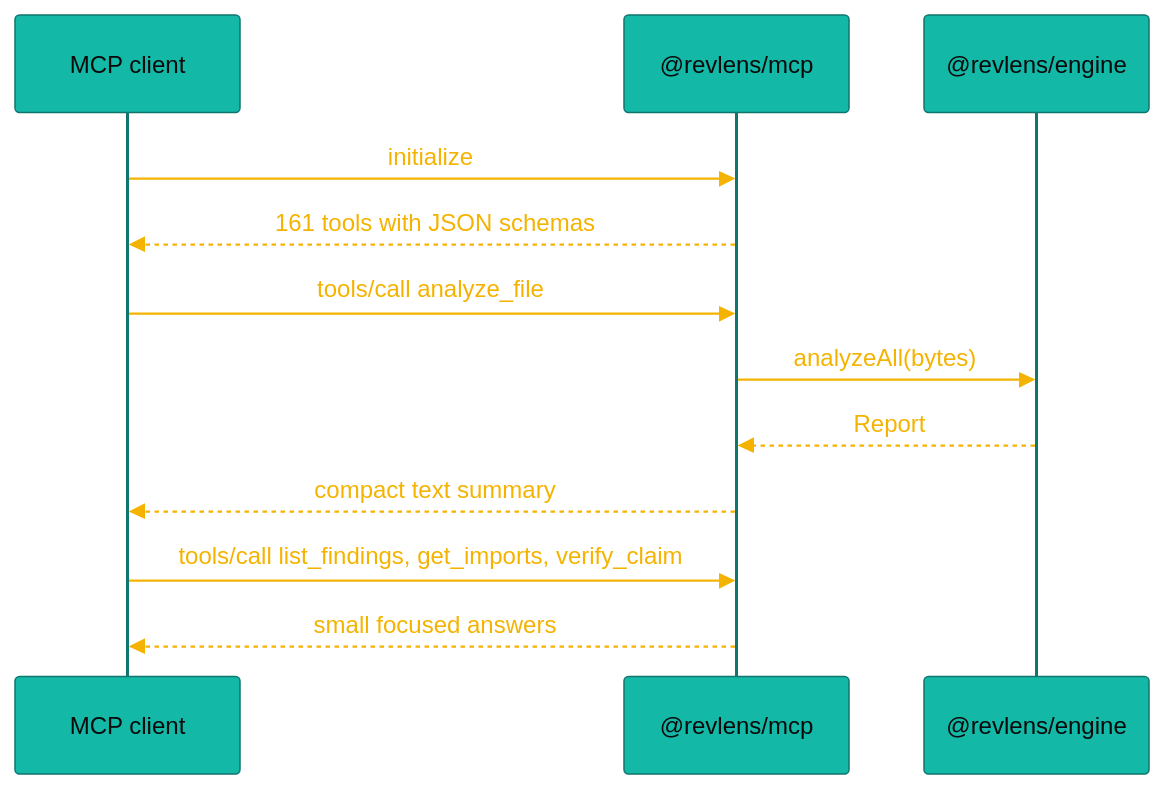
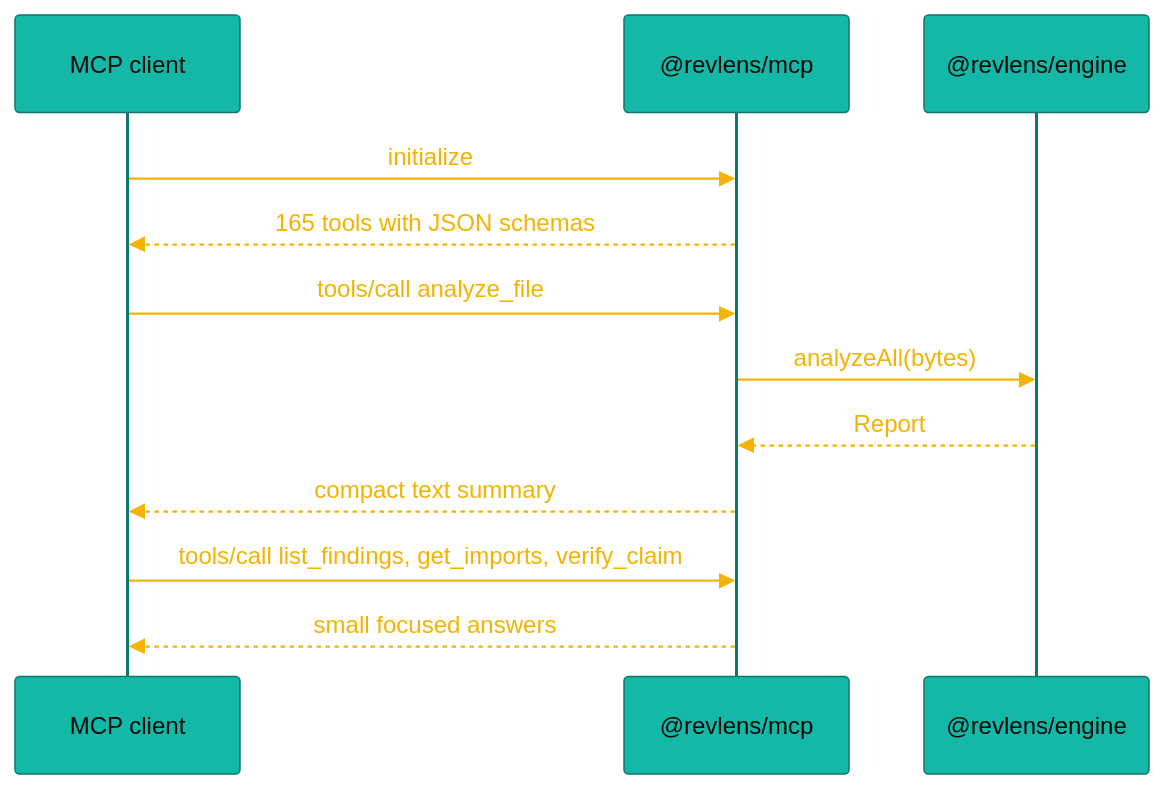
Before and after one commit to aniruddhaadak80/re: the third of 3 diagrams in docs/architecture.md, drawn with Mermaid. The commit also changed other lines of this file and 18 other files, not shown here.

Commit message:
integrate(disasm): value flow, indirect targets and function matching; CLI trace-values, indirect, match-functions, compare-functions; hostile-input tests; README and fixture sources; Labs function matching between two binaries

````diff
--- a/docs/architecture.md
+++ b/docs/architecture.md
@@ -147,15 +147,15 @@
 ```mermaid
 %%{init: {"theme": "base", "themeVariables": {"primaryColor": "#14B8A6", "primaryTextColor": "#0A0A0B", "primaryBorderColor": "#0F766E", "lineColor": "#F5B301", "actorBkg": "#14B8A6", "actorTextColor": "#0A0A0B", "signalColor": "#F5B301", "signalTextColor": "#F5B301", "noteBkgColor": "#FFD166", "noteTextColor": "#0A0A0B"}}}%%
 sequenceDiagram
   participant C as MCP client
   participant S as @revlens/mcp
   participant K as @revlens/engine
   C->>S: initialize
-  S-->>C: 161 tools with JSON schemas
+  S-->>C: 165 tools with JSON schemas
   C->>S: tools/call analyze_file
   S->>K: analyzeAll(bytes)
   K-->>S: Report
   S-->>C: compact text summary
   C->>S: tools/call list_findings, get_imports, verify_claim
   S-->>C: small focused answers
 ```
````
